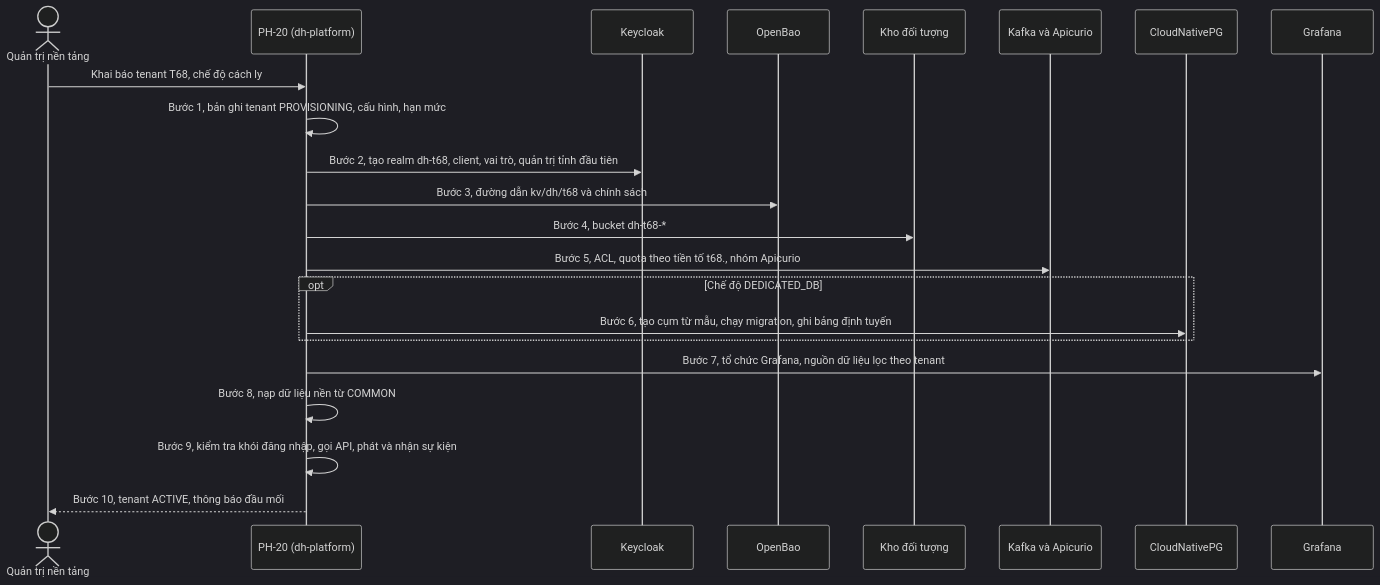
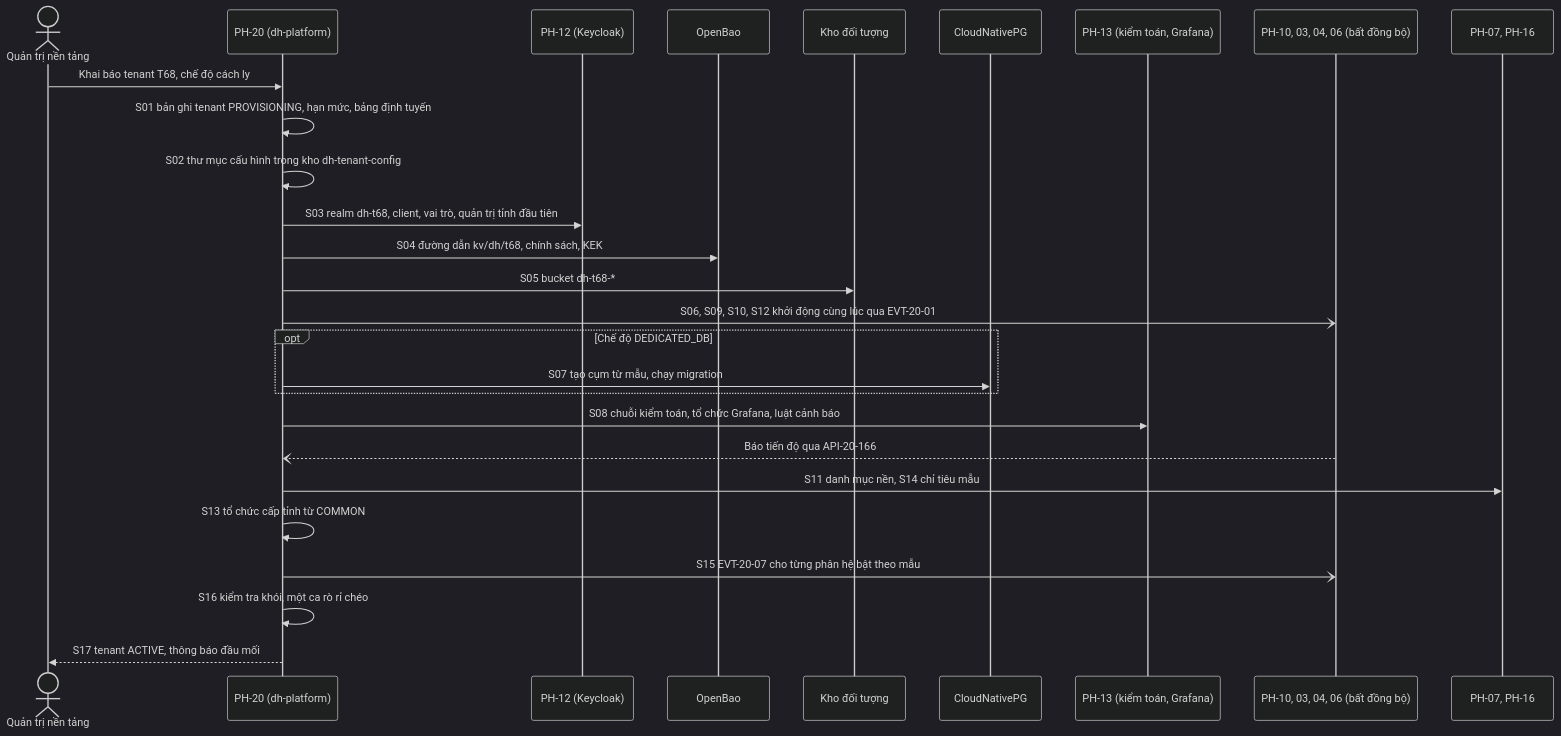
One commit to caprocute/DATAHUB changed the third of 4 diagrams in datahub-docs/03-thiet-ke/D03-10-thiet-ke-da-tenant.md. Above: the diagram before and after it, drawn with Mermaid (dark theme). The commit also changed other lines of this file and 22 other files, not shown here.

First line of the commit message:
Đồng bộ chéo cuối: tài liệu chung D00, D02 chung, SAD, D03-07/09/10, design system, D04, D05-01

````diff
--- a/datahub-docs/03-thiet-ke/D03-10-thiet-ke-da-tenant.md
+++ b/datahub-docs/03-thiet-ke/D03-10-thiet-ke-da-tenant.md
@@ -271,24 +304,29 @@
 ```{.mermaid caption="Trình tự saga khởi tạo tenant do PH-20 điều phối"}
 sequenceDiagram
   actor PA as Quản trị nền tảng
   participant P20 as PH-20 (dh-platform)
-  participant KC as Keycloak
+  participant P12 as PH-12 (Keycloak)
   participant BAO as OpenBao
   participant S3 as Kho đối tượng
-  participant KF as Kafka và Apicurio
   participant PG as CloudNativePG
-  participant GF as Grafana
+  participant P13 as PH-13 (kiểm toán, Grafana)
+  participant PHX as PH-10, 03, 04, 06 (bất đồng bộ)
+  participant P07 as PH-07, PH-16
   PA->>P20: Khai báo tenant T68, chế độ cách ly
-  P20->>P20: Bước 1, bản ghi tenant PROVISIONING, cấu hình, hạn mức
-  P20->>KC: Bước 2, tạo realm dh-t68, client, vai trò, quản trị tỉnh đầu tiên
-  P20->>BAO: Bước 3, đường dẫn kv/dh/t68 và chính sách
-  P20->>S3: Bước 4, bucket dh-t68-*
-  P20->>KF: Bước 5, ACL, quota theo tiền tố t68., nhóm Apicurio
+  P20->>P20: S01 bản ghi tenant PROVISIONING, hạn mức, bảng định tuyến
+  P20->>P20: S02 thư mục cấu hình trong kho dh-tenant-config
+  P20->>P12: S03 realm dh-t68, client, vai trò, quản trị tỉnh đầu tiên
+  P20->>BAO: S04 đường dẫn kv/dh/t68, chính sách, KEK
+  P20->>S3: S05 bucket dh-t68-*
+  P20-)PHX: S06, S09, S10, S12 khởi động cùng lúc qua EVT-20-01
   opt Chế độ DEDICATED_DB
-    P20->>PG: Bước 6, tạo cụm từ mẫu, chạy migration, ghi bảng định tuyến
+    P20->>PG: S07 tạo cụm từ mẫu, chạy migration
   end
-  P20->>GF: Bước 7, tổ chức Grafana, nguồn dữ liệu lọc theo tenant
-  P20->>P20: Bước 8, nạp dữ liệu nền từ COMMON
-  P20->>P20: Bước 9, kiểm tra khói đăng nhập, gọi API, phát và nhận sự kiện
-  P20-->>PA: Bước 10, tenant ACTIVE, thông báo đầu mối
+  P20->>P13: S08 chuỗi kiểm toán, tổ chức Grafana, luật cảnh báo
+  PHX--)P20: Báo tiến độ qua API-20-166
+  P20->>P07: S11 danh mục nền, S14 chỉ tiêu mẫu
+  P20->>P20: S13 tổ chức cấp tỉnh từ COMMON
+  P20-)PHX: S15 EVT-20-07 cho từng phân hệ bật theo mẫu
+  P20->>P20: S16 kiểm tra khói, một ca rò rỉ chéo
+  P20-->>PA: S17 tenant ACTIVE, thông báo đầu mối
 ```
````
